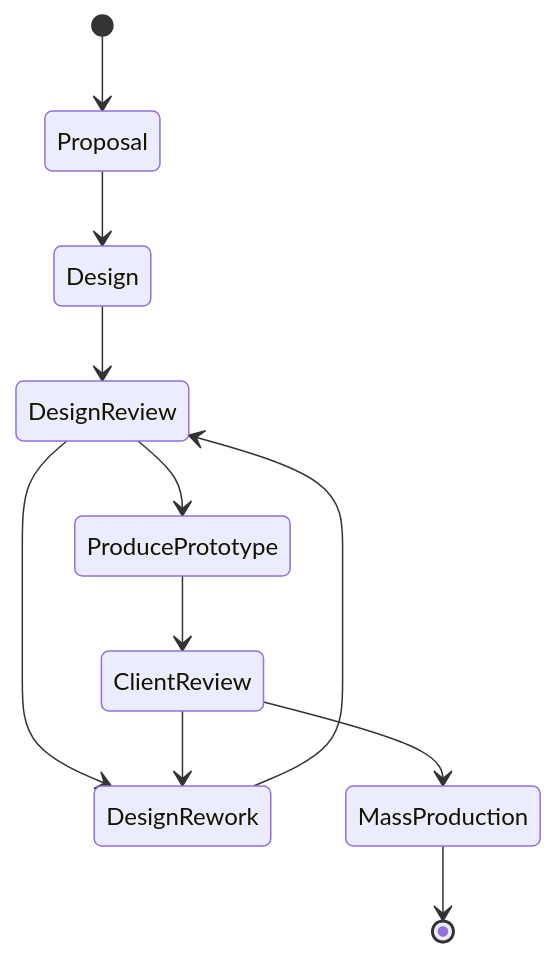
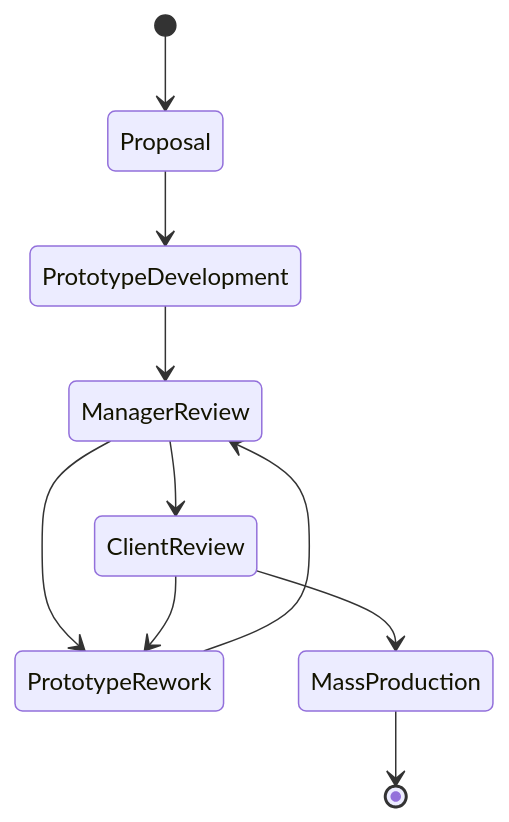
One commit to Abdullahaml1/cse608-assignments changed the diagram in README.md. Above: the diagram before and after it, drawn with Mermaid. The commit also changed other lines of this file and 1 other file, not shown here.

Commit message:
update state diagram

````diff
--- a/README.md
+++ b/README.md
@@ -25,13 +26,12 @@
 ```mermaid
 stateDiagram
     [*] --> Proposal
-    Proposal --> Design
-    Design --> DesignReview
-    DesignReview --> DesignRework
-    DesignReview --> ProducePrototype
-    DesignRework --> DesignReview
-    ProducePrototype --> ClientReview
+    Proposal --> PrototypeDevelopment
+    PrototypeDevelopment--> ManagerReview
+    ManagerReview --> PrototypeRework
+    ManagerReview --> ClientReview
+    PrototypeRework --> ManagerReview
     ClientReview --> MassProduction
-    ClientReview --> DesignRework
+    ClientReview --> PrototypeRework
     MassProduction--> [*]
 ```
````
